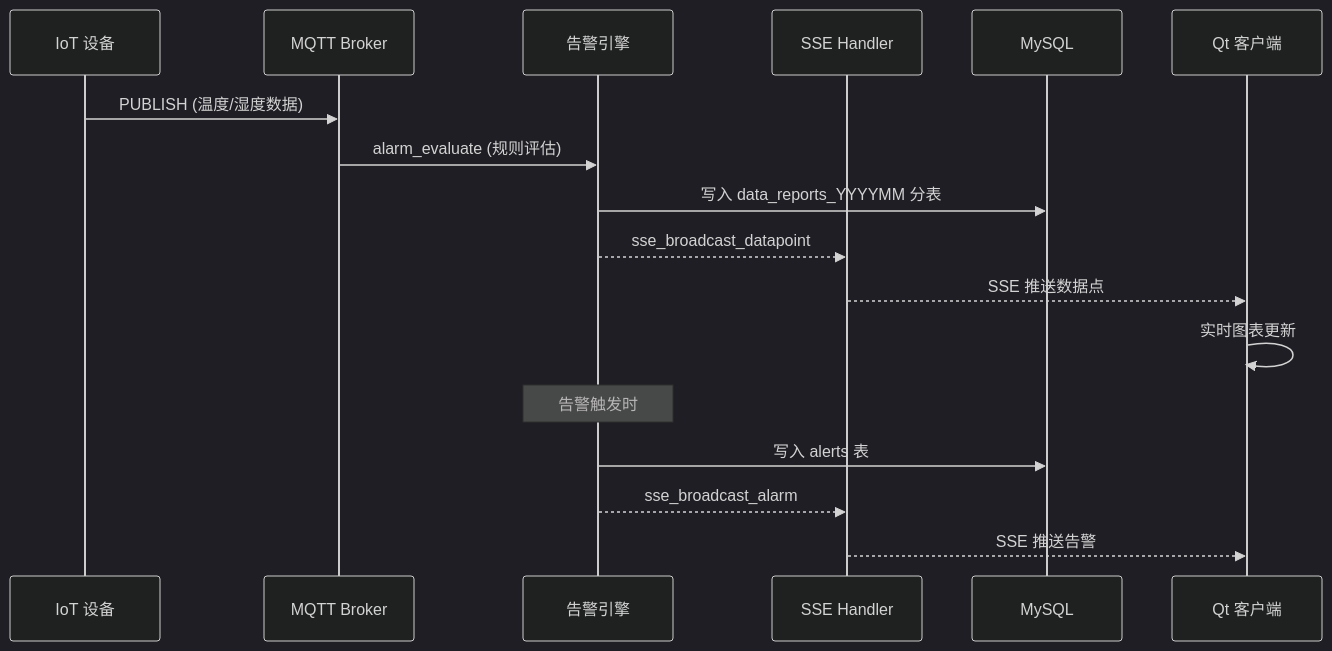
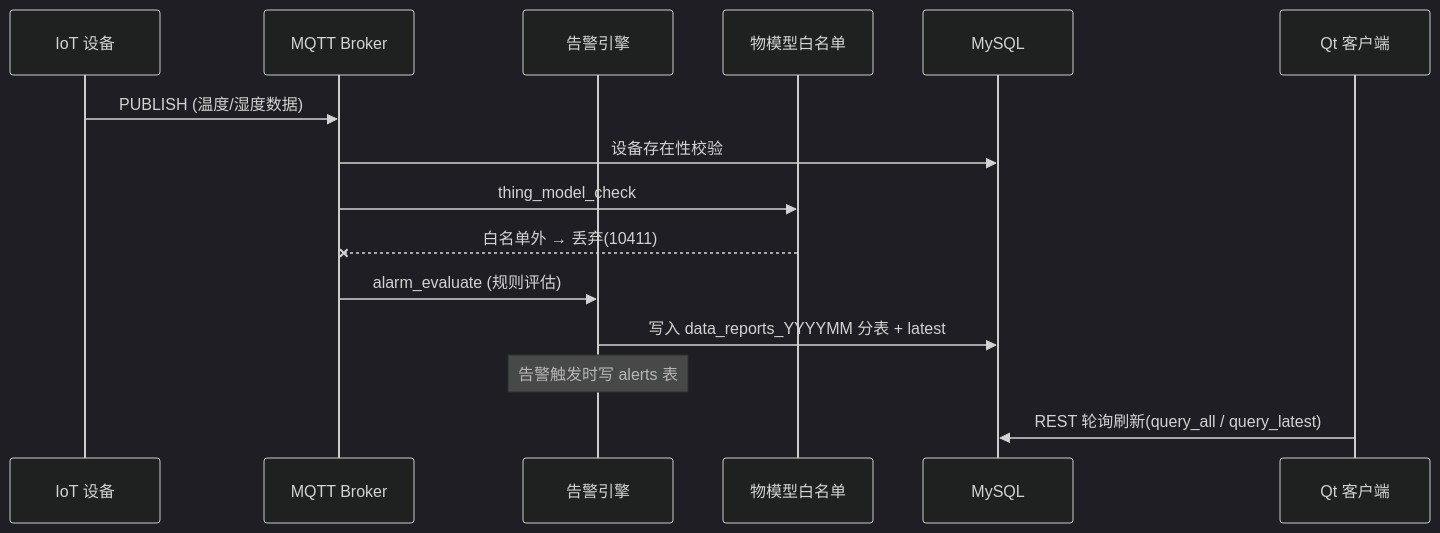
The second of 3 diagrams in docs/E2_技术方案文档.md (Lab0x-Embedded/iotsystem), drawn with Mermaid (dark theme) before and after one commit. The commit also changed other lines of this file and 6 other files, not shown here.

Commit message:
docs: 全量对齐当前实现 — MQTT 协议 v3(白名单/OneJSON/踢线/QoS1)、API 补 product/prop_*/query_latest、ER 补 product_properties、技术方案与架构图集移除虚构 SSE、新增 KNOWN_ISSUES 审计清单

````diff
--- a/docs/E2_技术方案文档.md
+++ b/docs/E2_技术方案文档.md
@@ -88,21 +88,18 @@
 ```mermaid
 sequenceDiagram
     participant Dev as IoT 设备
     participant MQTT as MQTT Broker
     participant Alarm as 告警引擎
-    participant SSE as SSE Handler
+    participant TM as 物模型白名单
     participant DB as MySQL
     participant Client as Qt 客户端
 
     Dev->>MQTT: PUBLISH (温度/湿度数据)
+    MQTT->>DB: 设备存在性校验
+    MQTT->>TM: thing_model_check
+    TM--xMQTT: 白名单外 → 丢弃(10411)
     MQTT->>Alarm: alarm_evaluate (规则评估)
-    Alarm->>DB: 写入 data_reports_YYYYMM 分表
-    Alarm-->>SSE: sse_broadcast_datapoint
-    SSE-->>Client: SSE 推送数据点
-    Client->>Client: 实时图表更新
-
-    Note over Alarm: 告警触发时
-    Alarm->>DB: 写入 alerts 表
-    Alarm-->>SSE: sse_broadcast_alarm
-    SSE-->>Client: SSE 推送告警
+    Alarm->>DB: 写入 data_reports_YYYYMM 分表 + latest
+    Note over Alarm: 告警触发时写 alerts 表
+    Client->>DB: REST 轮询刷新(query_all / query_latest)
 ```
````
